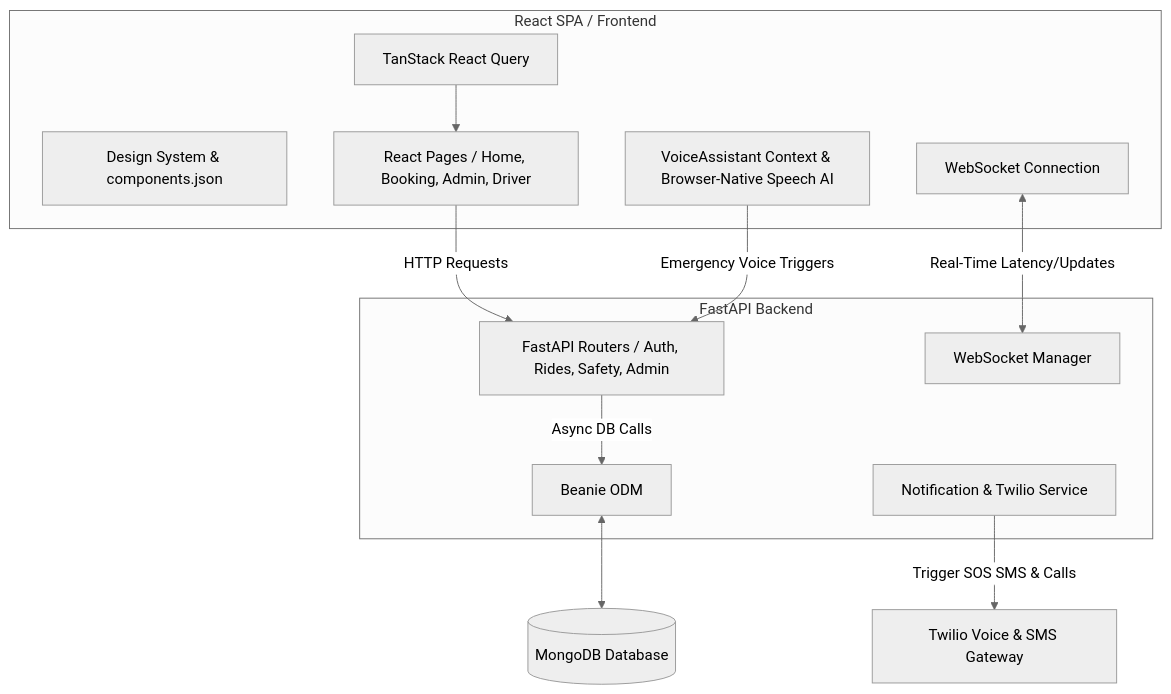
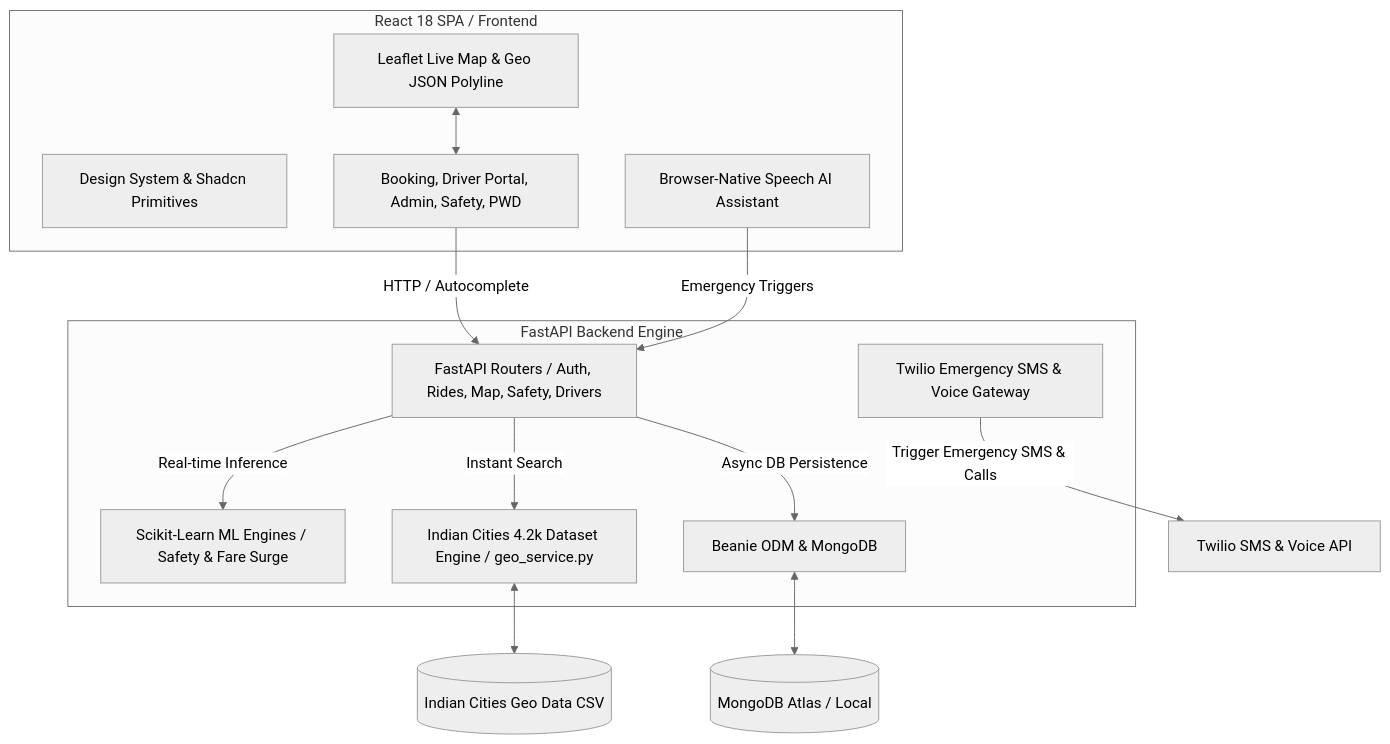
Before and after one commit to Sai-Inapakolla/Safe-Go: the diagram in README.md, drawn with Mermaid (neutral theme). The commit also changed other lines of this file, not shown here.

Commit message:
docs: update README with ML models, OTP verification, dataset integration, and architecture diagram

````diff
--- a/README.md
+++ b/README.md
@@ -13,32 +13,35 @@
 ```mermaid
 graph TD
     %% Frontend Components
-    subgraph Client [React SPA / Frontend]
-        UI[Design System & components.json]
-        Pages[React Pages / Home, Booking, Admin, Driver]
-        Voice[VoiceAssistant Context & Browser-Native Speech AI]
-        WSClient[WebSocket Connection]
-        ReactQuery[TanStack React Query]
+    subgraph Client [React 18 SPA / Frontend]
+        UI[Design System & Shadcn Primitives]
+        Pages[Booking, Driver Portal, Admin, Safety, PWD]
+        Voice[Browser-Native Speech AI Assistant]
+        Leaflet[Leaflet Live Map & Geo JSON Polyline]
     end
 
     %% Backend Components
-    subgraph Server [FastAPI Backend]
-        API[FastAPI Routers / Auth, Rides, Safety, Admin]
-        WS[WebSocket Manager]
-        Services[Notification & Twilio Service]
-        Beanie[Beanie ODM]
+    subgraph Server [FastAPI Backend Engine]
+        API[FastAPI Routers / Auth, Rides, Map, Safety, Drivers]
+        ML[Scikit-Learn ML Engines / Safety & Fare Surge]
+        Geo[Indian Cities 4.2k Dataset Engine / geo_service.py]
+        Beanie[Beanie ODM & MongoDB]
+        Services[Twilio Emergency SMS & Voice Gateway]
     end
 
     %% External & Database
-    DB[(MongoDB Database)]
-    Twilio[Twilio Voice & SMS Gateway]
+    DB[(MongoDB Atlas / Local)]
+    Dataset[(Indian Cities Geo Data CSV)]
+    Twilio[Twilio SMS & Voice API]
 
     %% Interactions
-    Pages -->|HTTP Requests| API
-    ReactQuery --> Pages
-    WSClient <-->|Real-Time Latency/Updates| WS
-    Voice -->|Emergency Voice Triggers| API
-    API -->|Async DB Calls| Beanie
+    Pages -->|HTTP / Autocomplete| API
+    Leaflet <--> Pages
+    Voice -->|Emergency Triggers| API
+    API -->|Real-time Inference| ML
+    API -->|Instant Search| Geo
+    Geo <--> Dataset
+    API -->|Async DB Persistence| Beanie
     Beanie <--> DB
-    Services -->|Trigger SOS SMS & Calls| Twilio
+    Services -->|Trigger Emergency SMS & Calls| Twilio
 ```
````
